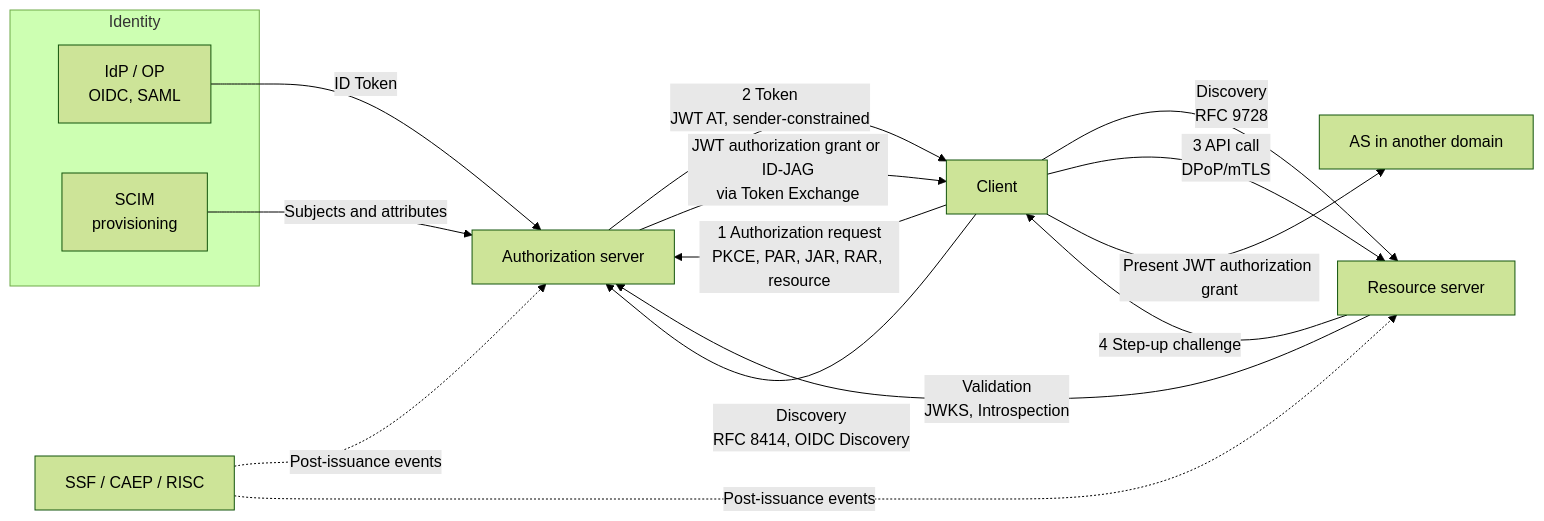
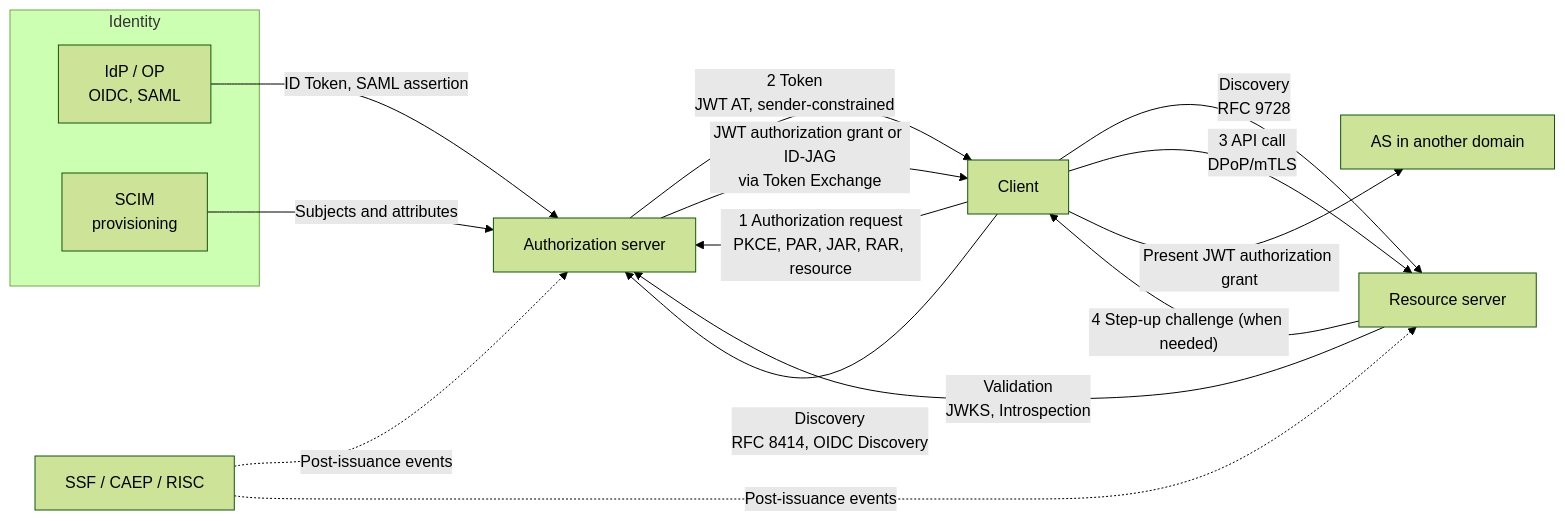
One commit to bmf-san/bmf-tech changed the first of 2 diagrams in content/en/posts/oauth-standards-map-authorization-platform.md. Above: the diagram before and after it, drawn with Mermaid (forest theme). The commit also changed other lines of this file and 1 other file, not shown here.

First line of the commit message:
fix: OAuth 関連標準の地図の記事の図・表・まとめを本文と一次資料の条件に合わせる

````diff
--- a/content/en/posts/oauth-standards-map-authorization-platform.md
+++ b/content/en/posts/oauth-standards-map-authorization-platform.md
@@ -50,20 +50,20 @@
 ```mermaid
 flowchart LR
   subgraph ID["Identity"]
     IdP["IdP / OP<br/>OIDC, SAML"]
     SCIM["SCIM<br/>provisioning"]
   end
   C["Client"] -- "1 Authorization request<br/>PKCE, PAR, JAR, RAR, resource" --> AS["Authorization server"]
   C -- "Discovery<br/>RFC 9728" --> RS["Resource server"]
   C -- "Discovery<br/>RFC 8414, OIDC Discovery" --> AS
   AS -- "2 Token<br/>JWT AT, sender-constrained" --> C
   C -- "3 API call<br/>DPoP/mTLS" --> RS
   RS -- "Validation<br/>JWKS, Introspection" --> AS
-  RS -- "4 Step-up challenge" --> C
-  IdP -- "ID Token" --> AS
+  RS -- "4 Step-up challenge (when needed)" --> C
+  IdP -- "ID Token, SAML assertion" --> AS
   SCIM -- "Subjects and attributes" --> AS
   T["SSF / CAEP / RISC"] -. "Post-issuance events" .-> AS
   T -. "Post-issuance events" .-> RS
   AS -- "JWT authorization grant or ID-JAG<br/>via Token Exchange" --> C
   C -- "Present JWT authorization grant" --> AS2["AS in another domain"]
 ```
````
